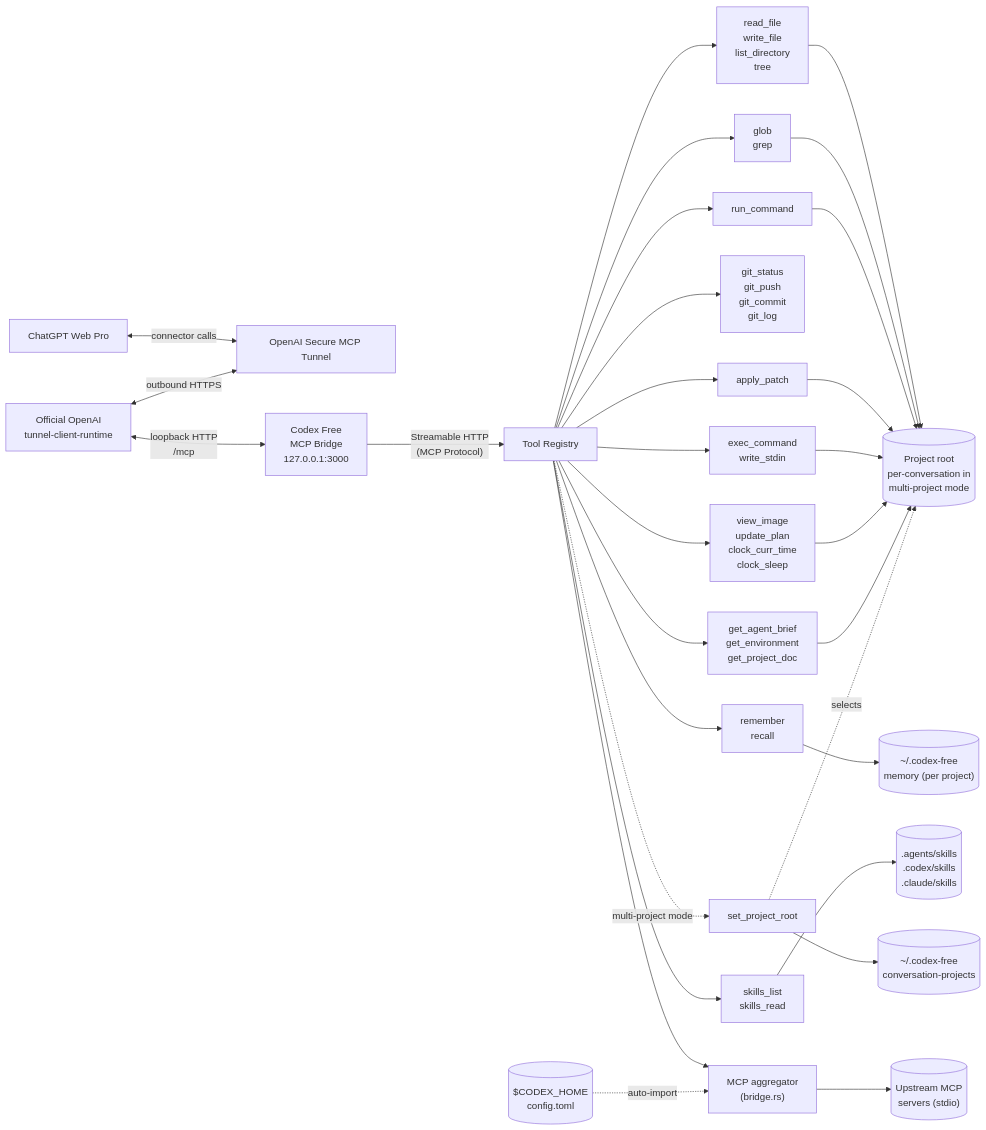
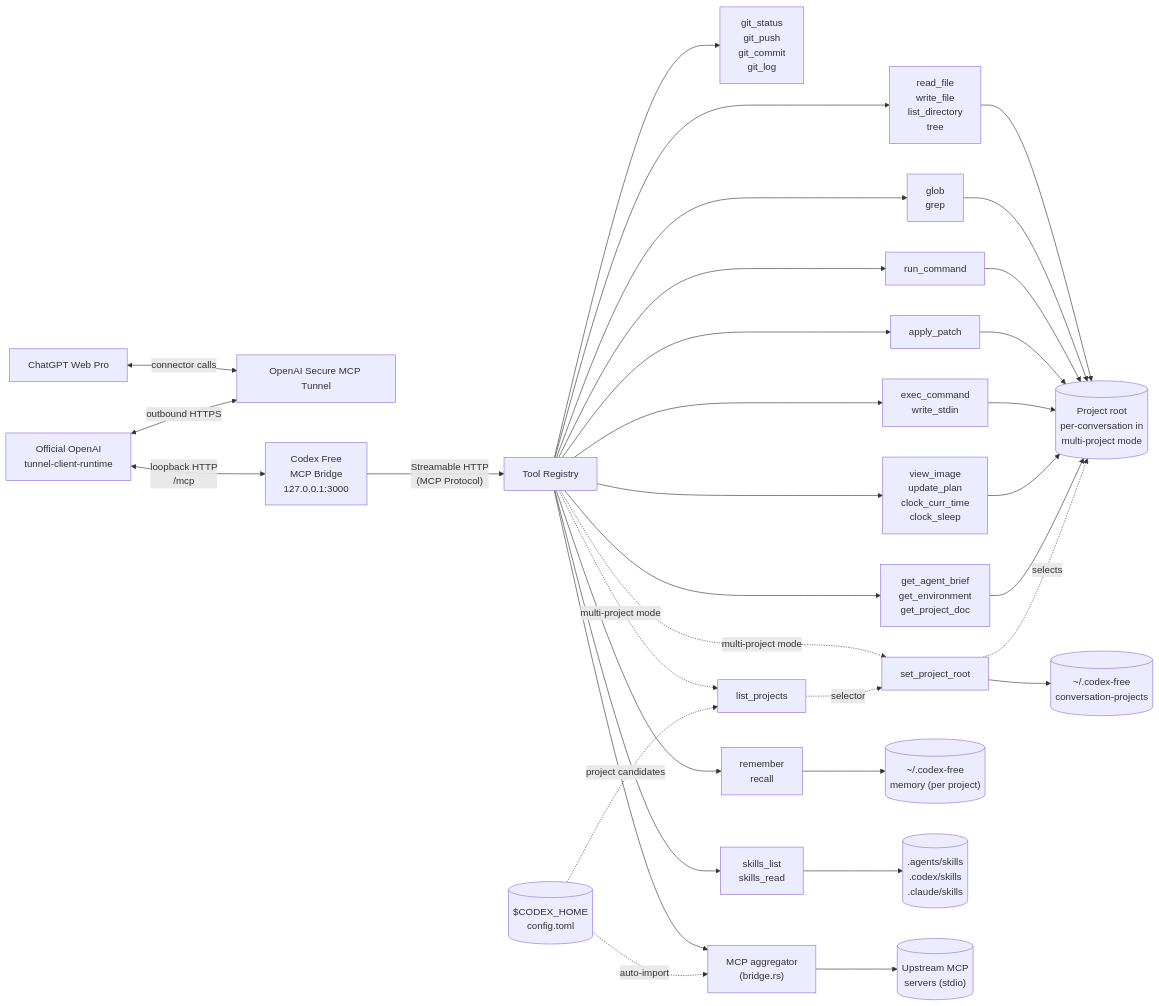
One commit to devnoname120/codex-free changed the diagram in README.md. Above: the diagram before and after it, drawn with Mermaid. The commit also changed other lines of this file and 21 other files, not shown here.

Commit message:
feat: add native Codex project catalogue

````diff
--- a/README.md
+++ b/README.md
@@ -15,59 +15,63 @@
 ```mermaid
 flowchart LR
     ChatGPT["ChatGPT Web Pro"]
     OpenAITunnel["OpenAI Secure MCP Tunnel"]
     TunnelClient["Official OpenAI\ntunnel-client-runtime"]
     Server["Codex Free\nMCP Bridge\n127.0.0.1:3000"]
     Tools["Tool Registry"]
 
     FS["read_file\nwrite_file\nlist_directory\ntree"]
     Search["glob\ngrep"]
     Shell["run_command"]
     Git["git_status\ngit_push\ngit_commit\ngit_log"]
     Edit["apply_patch"]
     Exec["exec_command\nwrite_stdin"]
     Agent["view_image\nupdate_plan\nclock_curr_time\nclock_sleep"]
     Env["get_agent_brief\nget_environment\nget_project_doc"]
     Mem["remember\nrecall"]
     Skills["skills_list\nskills_read"]
+    ListProjects["list_projects"]
     SetRoot["set_project_root"]
     Bridge["MCP aggregator\n(bridge.rs)"]
     WorkDir[("Project root\nper-conversation in\nmulti-project mode")]
     State[("~/.codex-free\nmemory (per project)")]
     Bindings[("~/.codex-free\nconversation-projects")]
     SkillDirs[(".agents/skills\n.codex/skills\n.claude/skills")]
     CodexCfg[("$CODEX_HOME\nconfig.toml")]
     Upstream[("Upstream MCP\nservers (stdio)")]
 
     ChatGPT <-->|"connector calls"| OpenAITunnel
     TunnelClient <-->|"outbound HTTPS"| OpenAITunnel
     TunnelClient <-->|"loopback HTTP\n/mcp"| Server
     Server -- "Streamable HTTP\n(MCP Protocol)" --> Tools
 
     Tools --> FS
     Tools --> Search
     Tools --> Shell
     Tools --> Git
     Tools --> Edit
     Tools --> Exec
     Tools --> Agent
     Tools --> Env
     Tools --> Mem
     Tools --> Skills
+    Tools -.->|"multi-project mode"| ListProjects
     Tools -.->|"multi-project mode"| SetRoot
     Tools --> Bridge
 
     FS --> WorkDir
     Search --> WorkDir
     Shell --> WorkDir
     Edit --> WorkDir
     Exec --> WorkDir
     Agent --> WorkDir
     Env --> WorkDir
     Mem --> State
     Skills --> SkillDirs
+    ListProjects -.->|"selector"| SetRoot
     SetRoot --> Bindings
     SetRoot -.->|"selects"| WorkDir
+    CodexCfg -.->|"project candidates"| ListProjects
     CodexCfg -.->|"auto-import"| Bridge
     Bridge --> Upstream
 ```
````
